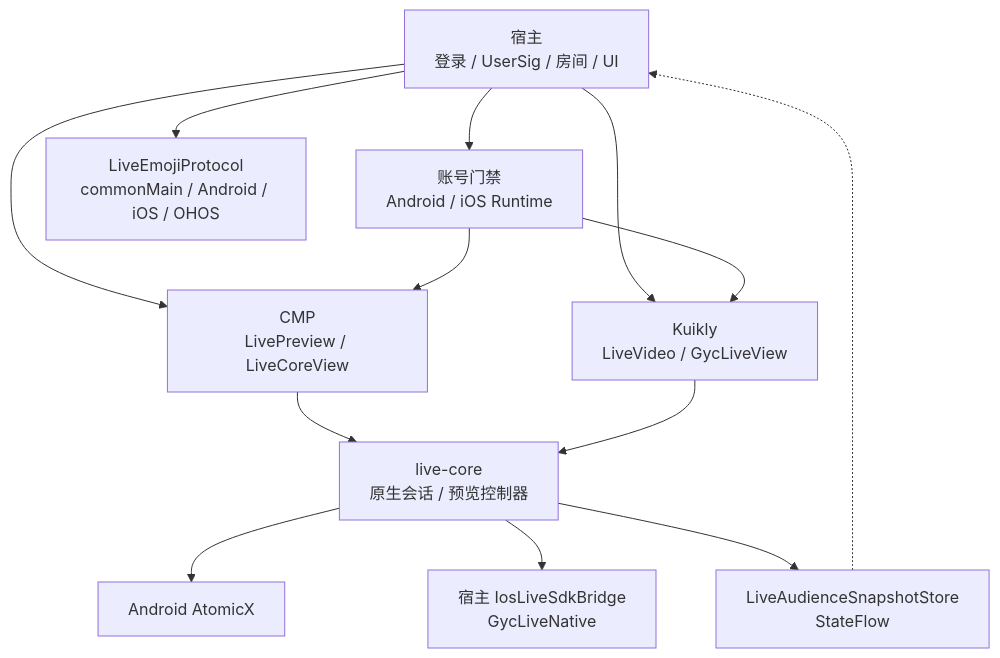
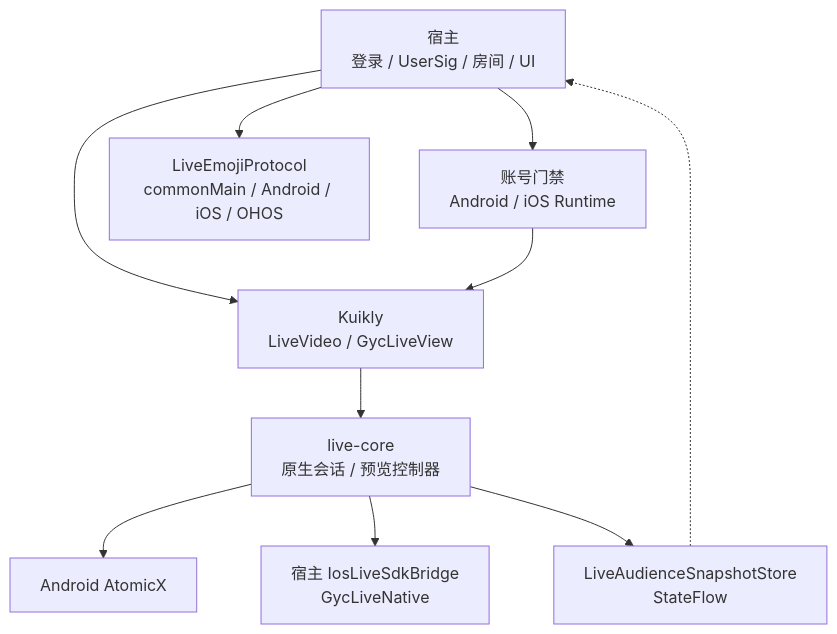
The first of 3 diagrams in README.md (gycrosskit/live-sdk), drawn with Mermaid before and after one commit. The commit also changed other lines of this file and 33 other files, not shown here.

Commit message:
refactor(live)!: remove standalone CMP product

````diff
--- a/README.md
+++ b/README.md
@@ -32,15 +36,12 @@
 ```mermaid
 flowchart TB
     H["宿主<br/>登录 / UserSig / 房间 / UI"] --> G["账号门禁<br/>Android / iOS Runtime"]
-    H --> C["CMP<br/>LivePreview / LiveCoreView"]
     H --> K["Kuikly<br/>LiveVideo / GycLiveView"]
-    G --> C
     G --> K
-    C --> P["live-core<br/>原生会话 / 预览控制器"]
-    K --> P
+    K --> P["live-core<br/>原生会话 / 预览控制器"]
     P --> A["Android AtomicX"]
     P --> I["宿主 IosLiveSdkBridge<br/>GycLiveNative"]
     P --> S["LiveAudienceSnapshotStore<br/>StateFlow"]
     S -.-> H
     H --> E["LiveEmojiProtocol<br/>commonMain / Android / iOS / OHOS"]
 ```
````
